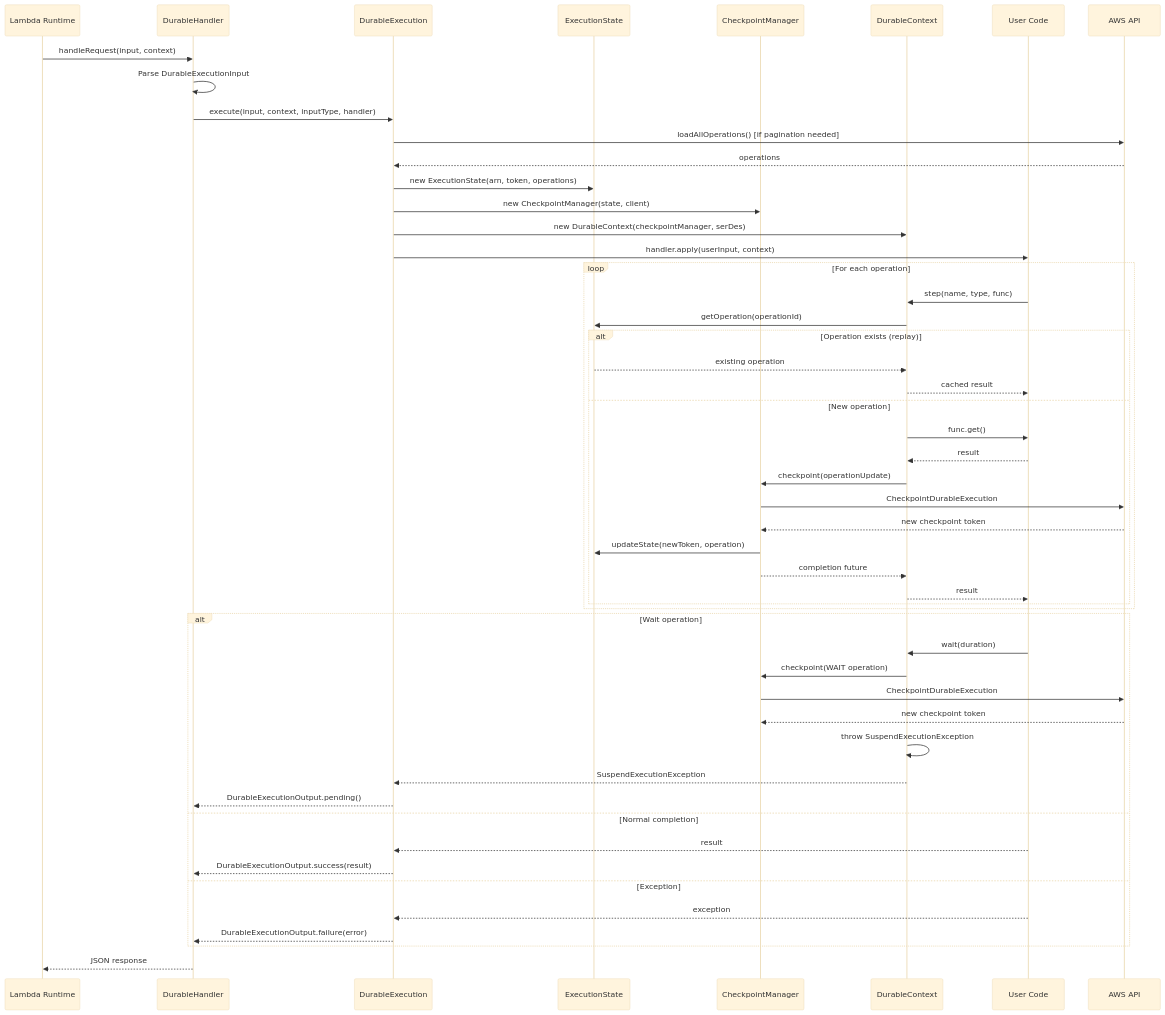
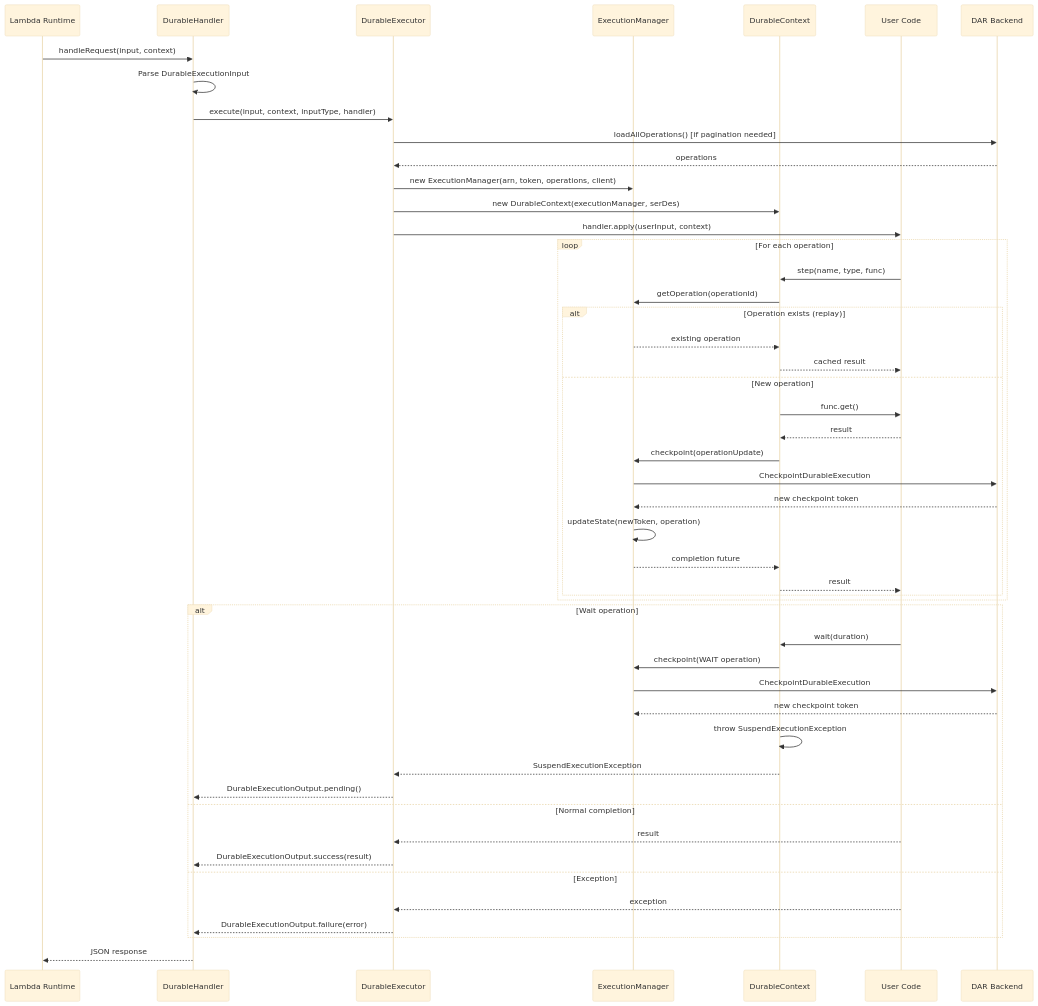
One commit to aws/aws-durable-execution-sdk-java changed the first of 4 diagrams in sequence-diagram.md. Above: the diagram before and after it, drawn with Mermaid (base theme). The commit also changed other lines of this file and 1 other file, not shown here.

Commit message:
Update design.md and sequence-diagram.md

````diff
--- a/sequence-diagram.md
+++ b/sequence-diagram.md
@@ -5,60 +5,58 @@
 ```mermaid
 sequenceDiagram
     participant LR as Lambda Runtime
     participant DH as DurableHandler
-    participant DE as DurableExecution
-    participant ES as ExecutionState
-    participant CM as CheckpointManager
+    participant DE as DurableExecutor
+    participant EM as ExecutionManager
     participant DC as DurableContext
     participant UC as User Code
-    participant API as AWS API
+    participant DAR as DAR Backend
 
     LR->>DH: handleRequest(input, context)
     DH->>DH: Parse DurableExecutionInput
     DH->>DE: execute(input, context, inputType, handler)
     
-    DE->>API: loadAllOperations() [if pagination needed]
-    API-->>DE: operations
-    DE->>ES: new ExecutionState(arn, token, operations)
-    DE->>CM: new CheckpointManager(state, client)
-    DE->>DC: new DurableContext(checkpointManager, serDes)
+    DE->>DAR: loadAllOperations() [if pagination needed]
+    DAR-->>DE: operations
+    DE->>EM: new ExecutionManager(arn, token, operations, client)
+    DE->>DC: new DurableContext(executionManager, serDes)
     
     DE->>UC: handler.apply(userInput, context)
     
     loop For each operation
         UC->>DC: step(name, type, func)
-        DC->>ES: getOperation(operationId)
+        DC->>EM: getOperation(operationId)
         
         alt Operation exists (replay)
-            ES-->>DC: existing operation
+            EM-->>DC: existing operation
             DC-->>UC: cached result
         else New operation
             DC->>UC: func.get()
             UC-->>DC: result
-            DC->>CM: checkpoint(operationUpdate)
-            CM->>API: CheckpointDurableExecution
-            API-->>CM: new checkpoint token
-            CM->>ES: updateState(newToken, operation)
-            CM-->>DC: completion future
+            DC->>EM: checkpoint(operationUpdate)
+            EM->>DAR: CheckpointDurableExecution
+            DAR-->>EM: new checkpoint token
+            EM->>EM: updateState(newToken, operation)
+            EM-->>DC: completion future
             DC-->>UC: result
         end
     end
     
     alt Wait operation
         UC->>DC: wait(duration)
-        DC->>CM: checkpoint(WAIT operation)
-        CM->>API: CheckpointDurableExecution
-        API-->>CM: new checkpoint token
+        DC->>EM: checkpoint(WAIT operation)
+        EM->>DAR: CheckpointDurableExecution
+        DAR-->>EM: new checkpoint token
         DC->>DC: throw SuspendExecutionException
         DC-->>DE: SuspendExecutionException
         DE-->>DH: DurableExecutionOutput.pending()
     else Normal completion
         UC-->>DE: result
         DE-->>DH: DurableExecutionOutput.success(result)
     else Exception
         UC-->>DE: exception
         DE-->>DH: DurableExecutionOutput.failure(error)
     end
     
     DH-->>LR: JSON response
 ```
````
